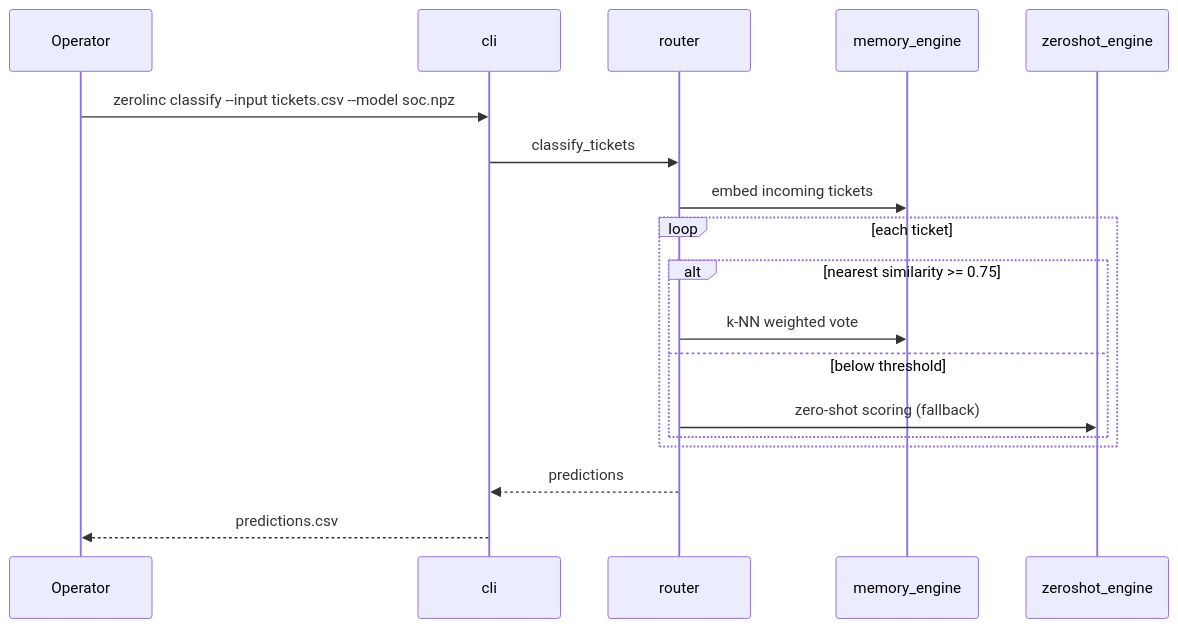
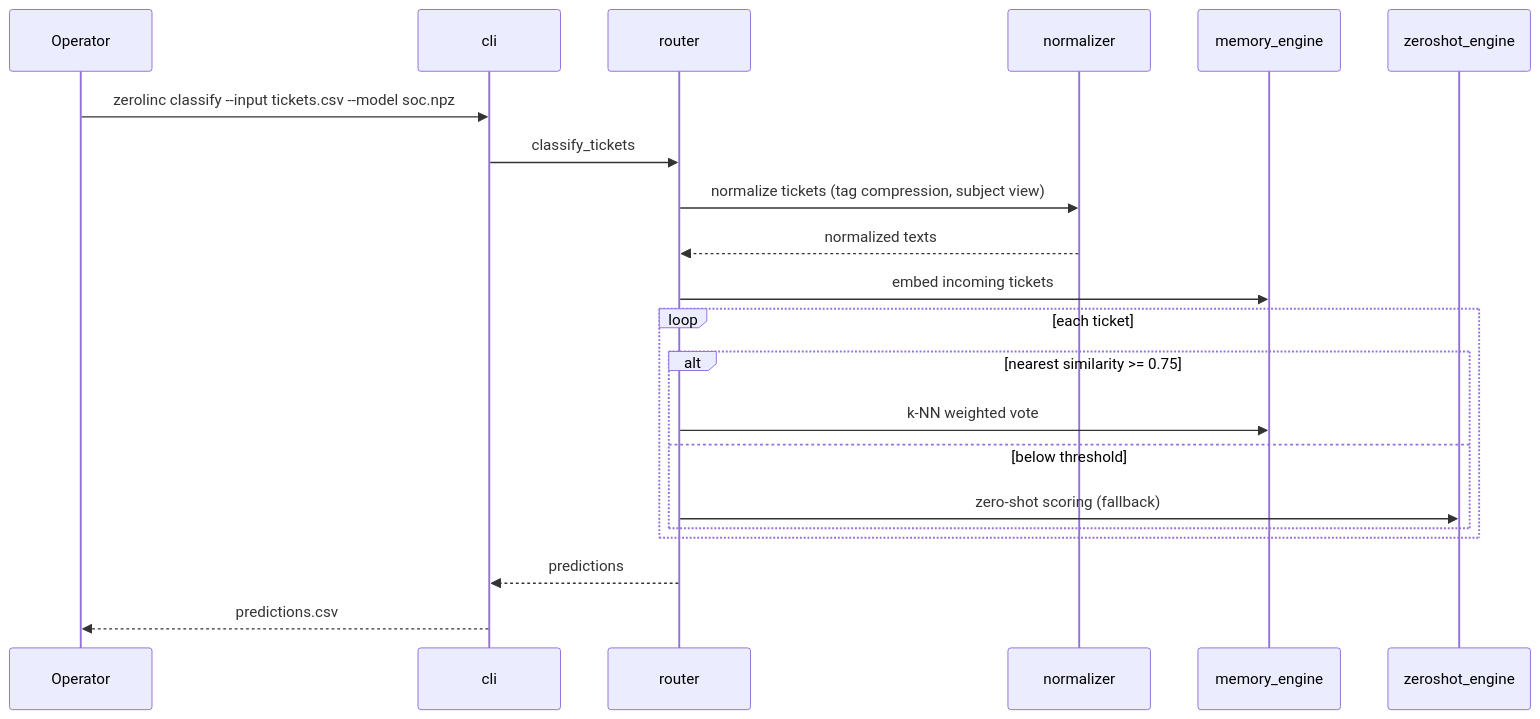
Before and after one commit to CristhianKapelinski/zerolinc: the third of 3 diagrams in docs/architecture.md, drawn with Mermaid.

Commit message:
Sequence diagram: normalizer step (figure-text consistency)

````diff
--- a/docs/architecture.md
+++ b/docs/architecture.md
@@ -39,20 +39,23 @@
 ```mermaid
 sequenceDiagram
     participant U as Operator
     participant C as cli
     participant R as router
+    participant N as normalizer
     participant M as memory_engine
     participant Z as zeroshot_engine
     U->>C: zerolinc classify --input tickets.csv --model soc.npz
     C->>R: classify_tickets
+    R->>N: normalize tickets (tag compression, subject view)
+    N-->>R: normalized texts
     R->>M: embed incoming tickets
     loop each ticket
         alt nearest similarity >= 0.75
             R->>M: k-NN weighted vote
         else below threshold
             R->>Z: zero-shot scoring (fallback)
         end
     end
     R-->>C: predictions
     C-->>U: predictions.csv
 ```
````
